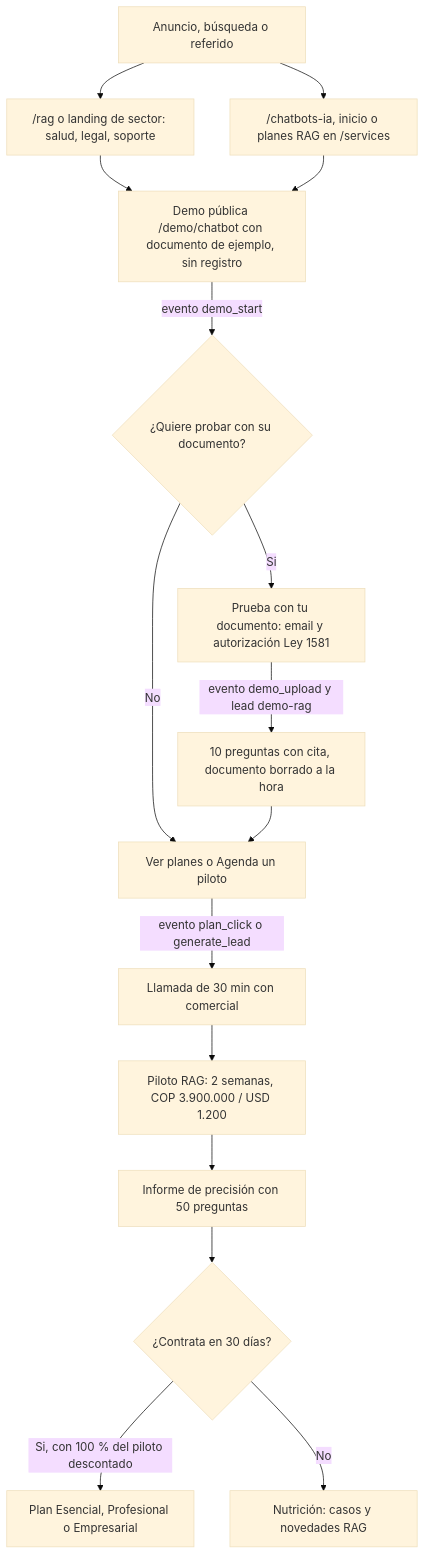
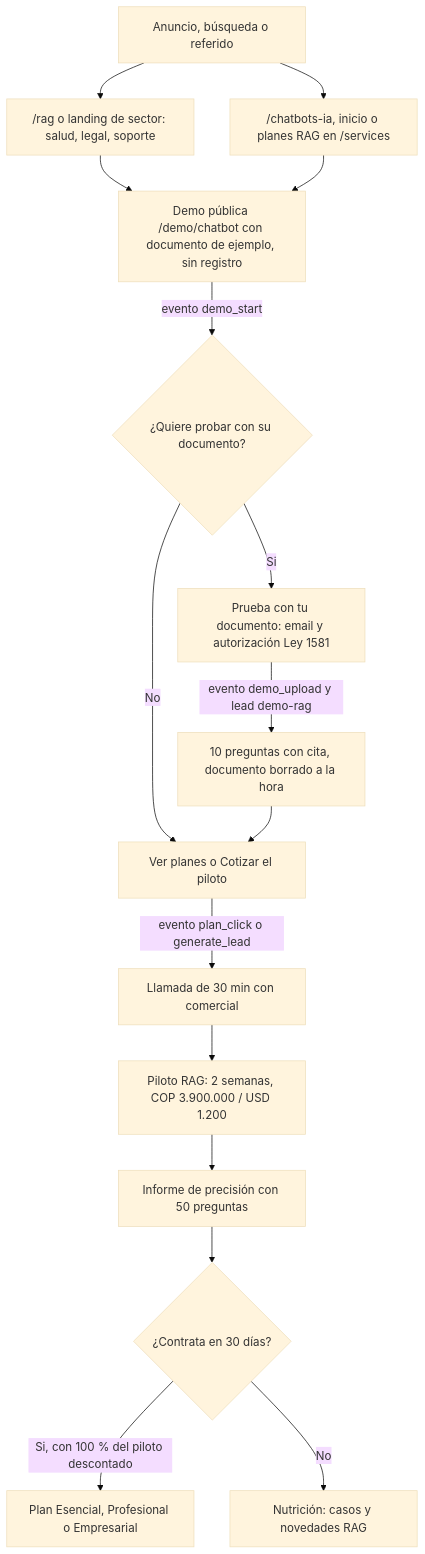
The first of 3 diagrams in docs/wiki/Producto-chatbot-rag-ia.md (ronalc90/koptup), drawn with Mermaid (base theme) before and after one commit. The commit also changed other lines of this file and 51 other files, not shown here.

````diff
--- a/docs/wiki/Producto-chatbot-rag-ia.md
+++ b/docs/wiki/Producto-chatbot-rag-ia.md
@@ -116,18 +116,18 @@
 ```mermaid
 flowchart TD
   A["Anuncio, búsqueda o referido"] --> B["/rag o landing de sector: salud, legal, soporte"]
   A --> B2["/chatbots-ia, inicio o planes RAG en /services"]
   B --> C["Demo pública /demo/chatbot con documento de ejemplo, sin registro"]
   B2 --> C
   C -->|"evento demo_start"| D{"¿Quiere probar con su documento?"}
   D -->|"Si"| E["Prueba con tu documento: email y autorización Ley 1581"]
   E -->|"evento demo_upload y lead demo-rag"| F["10 preguntas con cita, documento borrado a la hora"]
-  D -->|"No"| G["Ver planes o Agenda un piloto"]
+  D -->|"No"| G["Ver planes o Cotizar el piloto"]
   F --> G
   G -->|"evento plan_click o generate_lead"| H["Llamada de 30 min con comercial"]
   H --> I["Piloto RAG: 2 semanas, COP 3.900.000 / USD 1.200"]
   I --> J["Informe de precisión con 50 preguntas"]
   J --> K{"¿Contrata en 30 días?"}
   K -->|"Si, con 100 % del piloto descontado"| L["Plan Esencial, Profesional o Empresarial"]
   K -->|"No"| M["Nutrición: casos y novedades RAG"]
 ```
````
